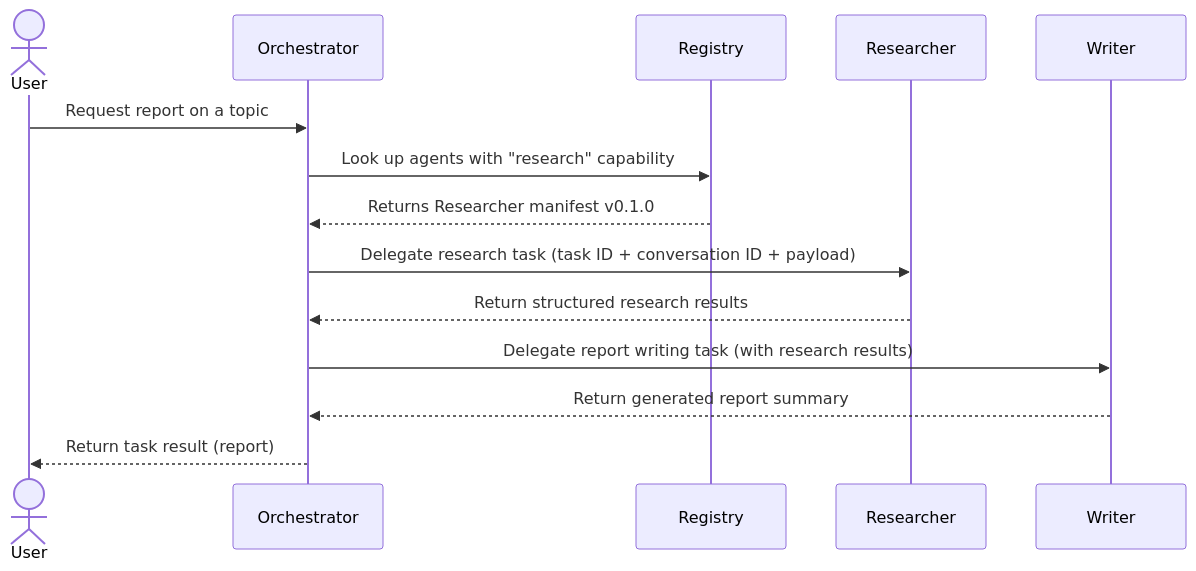
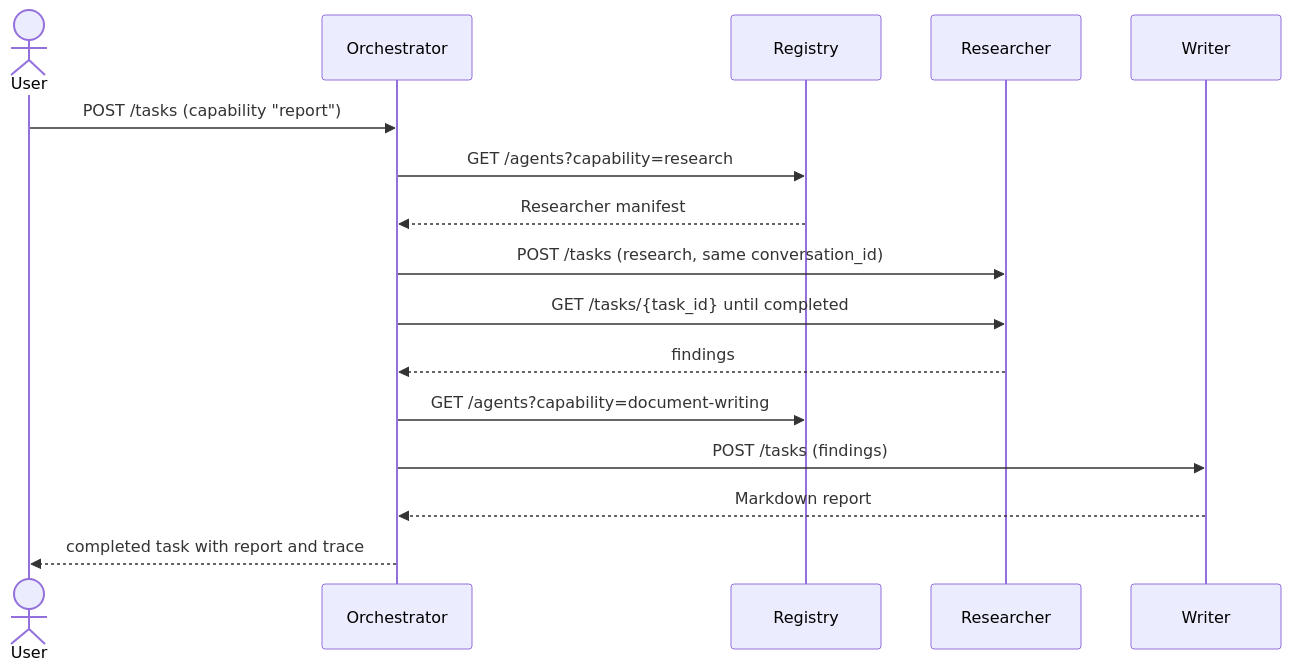
One commit to kirtanbhatt10/Agentmesh changed the second of 3 diagrams in README.md. Above: the diagram before and after it, drawn with Mermaid. The commit also changed other lines of this file and 7 other files, not shown here.

````diff
--- a/README.md
+++ b/README.md
@@ -116,17 +172,19 @@
 ```mermaid
 sequenceDiagram
     actor User
     participant O as Orchestrator
     participant R as Registry
     participant Re as Researcher
     participant W as Writer
 
-    User->>O: Request report on a topic
-    O->>R: Look up agents with "research" capability
-    R-->>O: Returns Researcher manifest v0.1.0
-    O->>Re: Delegate research task (task ID + conversation ID + payload)
-    Re-->>O: Return structured research results
-    O->>W: Delegate report writing task (with research results)
-    W-->>O: Return generated report summary
-    O-->>User: Return task result (report)
+    User->>O: POST /tasks (capability "report")
+    O->>R: GET /agents?capability=research
+    R-->>O: Researcher manifest
+    O->>Re: POST /tasks (research, same conversation_id)
+    O->>Re: GET /tasks/{task_id} until completed
+    Re-->>O: findings
+    O->>R: GET /agents?capability=document-writing
+    O->>W: POST /tasks (findings)
+    W-->>O: Markdown report
+    O-->>User: completed task with report and trace
 ```
````
